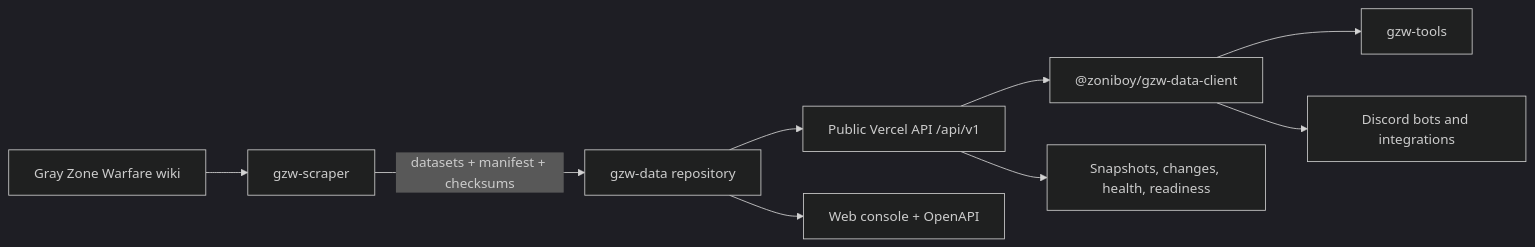
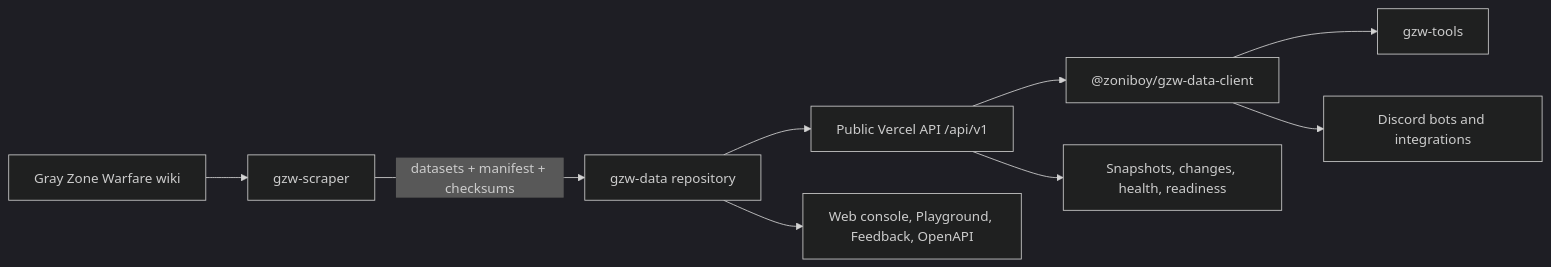
The diagram in docs/ARCHITECTURE.md (ZoniBoy00/gzw-data), drawn with Mermaid (dark theme) before and after one commit. The commit also changed 2 other files, not shown here.

Commit message:
docs: align project documentation with the current release
DOCS (3):
- link the Playground and Feedback desk from the README
- document the local development server and current implementation version
- include the web console routes in the architecture overview

````diff
--- a/docs/ARCHITECTURE.md
+++ b/docs/ARCHITECTURE.md
@@ -3,11 +3,11 @@
 ```mermaid
 flowchart LR
   W["Gray Zone Warfare wiki"] --> S["gzw-scraper"]
   S -->|datasets + manifest + checksums| D["gzw-data repository"]
   D --> A["Public Vercel API /api/v1"]
-  D --> C["Web console + OpenAPI"]
+  D --> C["Web console, Playground, Feedback, OpenAPI"]
   A --> J["@zoniboy/gzw-data-client"]
   J --> T["gzw-tools"]
   J --> B["Discord bots and integrations"]
   A --> H["Snapshots, changes, health, readiness"]
 ```
````
